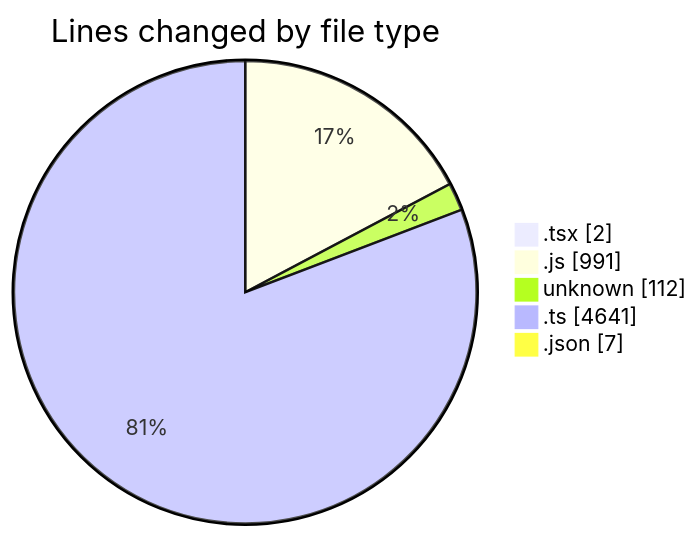
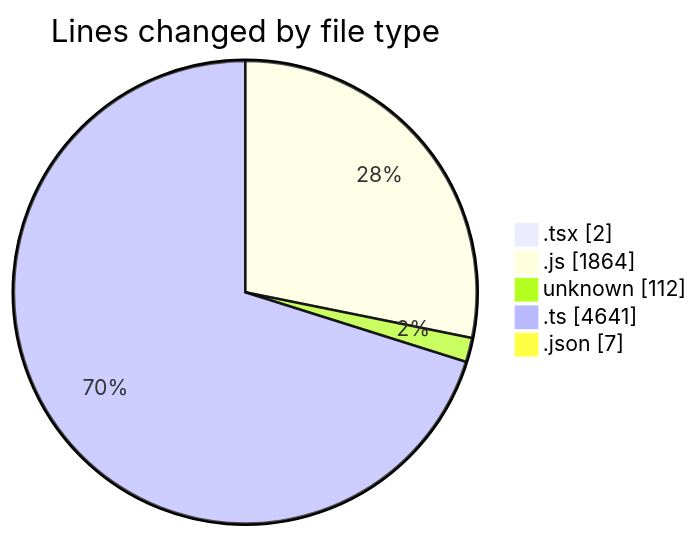
Before and after one commit to momahboobian/code-tracking: the first of 2 diagrams in 2026-05-06/cda/README.md, drawn with Mermaid. The commit also changed other lines of this file and 1 other file, not shown here.

````diff
--- a/2026-05-06/cda/README.md
+++ b/2026-05-06/cda/README.md
@@ -30,9 +31,9 @@
 ```mermaid
 pie showData
 title Lines changed by file type
 ".tsx" : 2
-".js" : 991
+".js" : 1864
 "unknown" : 112
 ".ts" : 4641
 ".json" : 7
 ```
````
